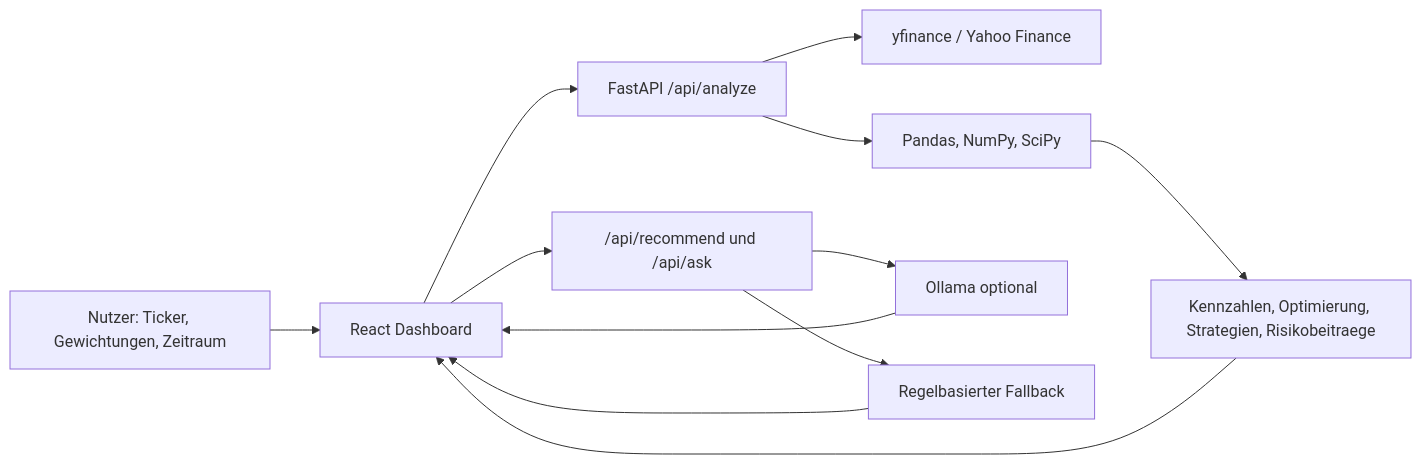
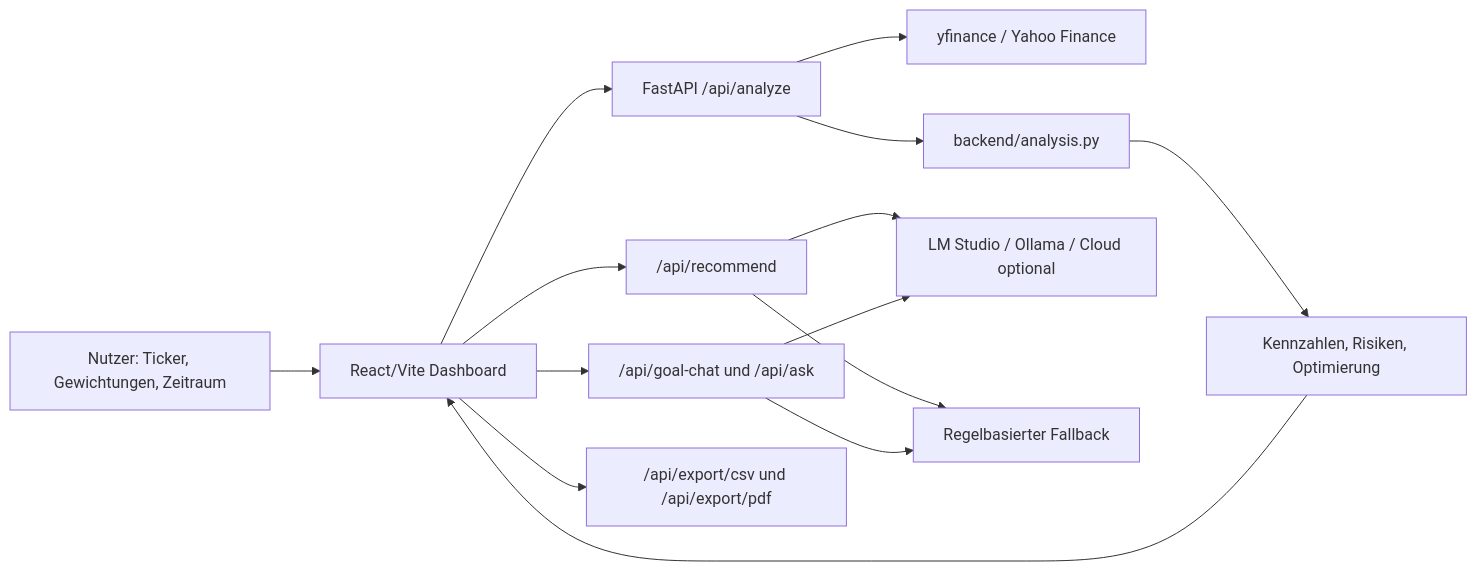
One commit to SiarNoozai/AQM_Project changed the diagram in ARCHITECTURE.md. Above: the diagram before and after it, drawn with Mermaid. The commit also changed other lines of this file and 50 other files, not shown here.

Commit message:
feat: finalize portfolio analysis and cloud AI

````diff
--- a/ARCHITECTURE.md
+++ b/ARCHITECTURE.md
@@ -11,14 +5,16 @@
 ```mermaid
 flowchart LR
-  A["Nutzer: Ticker, Gewichtungen, Zeitraum"] --> B["React Dashboard"]
-  B --> C["FastAPI /api/analyze"]
-  C --> D["yfinance / Yahoo Finance"]
-  C --> E["Pandas, NumPy, SciPy"]
-  E --> F["Kennzahlen, Optimierung, Strategien, Risikobeitraege"]
-  F --> B
-  B --> G["/api/recommend und /api/ask"]
-  G --> H["Ollama optional"]
-  G --> I["Regelbasierter Fallback"]
-  H --> B
-  I --> B
+  U["Nutzer: Ticker, Gewichtungen, Zeitraum"] --> F["React/Vite Dashboard"]
+  F --> A["FastAPI /api/analyze"]
+  A --> Y["yfinance / Yahoo Finance"]
+  A --> Q["backend/analysis.py"]
+  Q --> R["Kennzahlen, Risiken, Optimierung"]
+  R --> F
+  F --> I["/api/recommend"]
+  F --> G["/api/goal-chat und /api/ask"]
+  I --> L["LM Studio / Ollama / Cloud optional"]
+  G --> L
+  I --> B["Regelbasierter Fallback"]
+  G --> B
+  F --> X["/api/export/csv und /api/export/pdf"]
 ```
````
